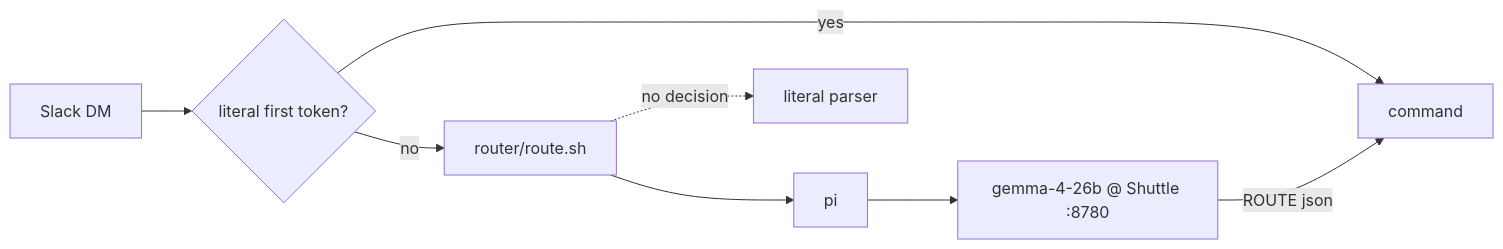
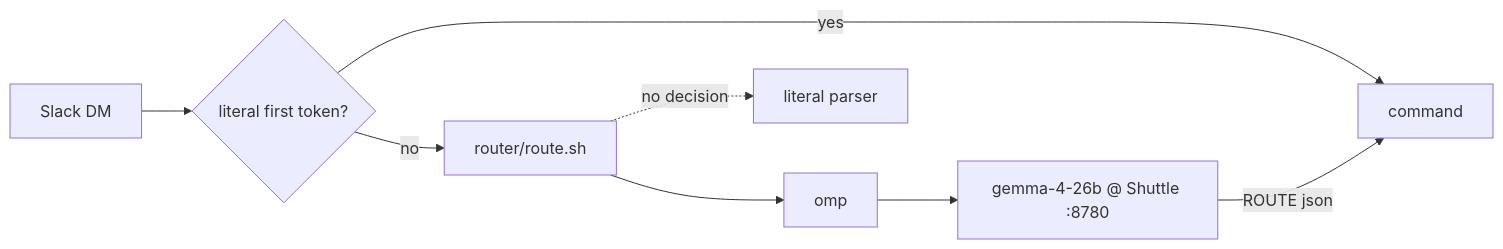
Before and after one commit to ns-vkhare/oh-my-pi: the second of 2 diagrams in .omp/slack-bridge/DESIGN.md, drawn with Mermaid. The commit also changed other lines of this file and 14 other files, not shown here.

````diff
--- a/.omp/slack-bridge/DESIGN.md
+++ b/.omp/slack-bridge/DESIGN.md
@@ -170,9 +171,9 @@
 ```mermaid
 flowchart LR
   D[Slack DM] --> L{literal first token?}
   L -->|yes| C[command]
   L -->|no| R[router/route.sh]
-  R --> P[pi] --> G[gemma-4-26b @ Shuttle :8780]
+  R --> P[omp] --> G[gemma-4-26b @ Shuttle :8780]
   G -->|ROUTE json| C
   R -.->|no decision| F[literal parser]
 ```
````
